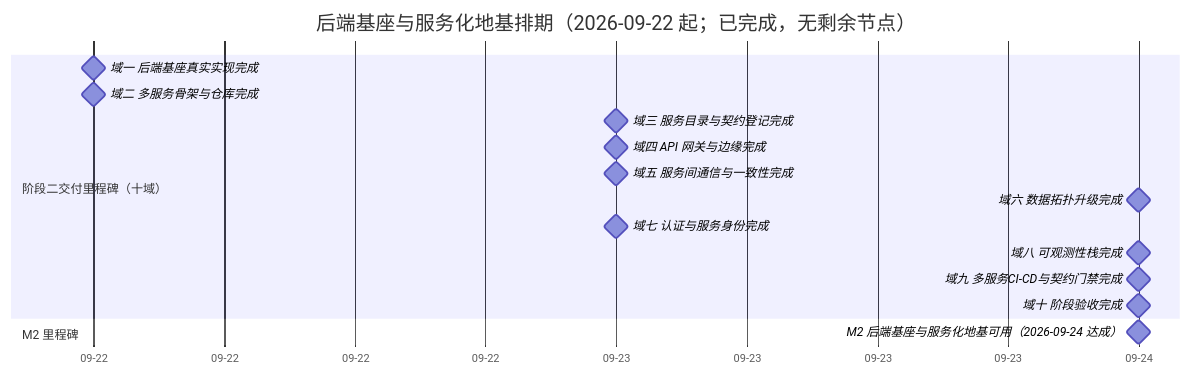
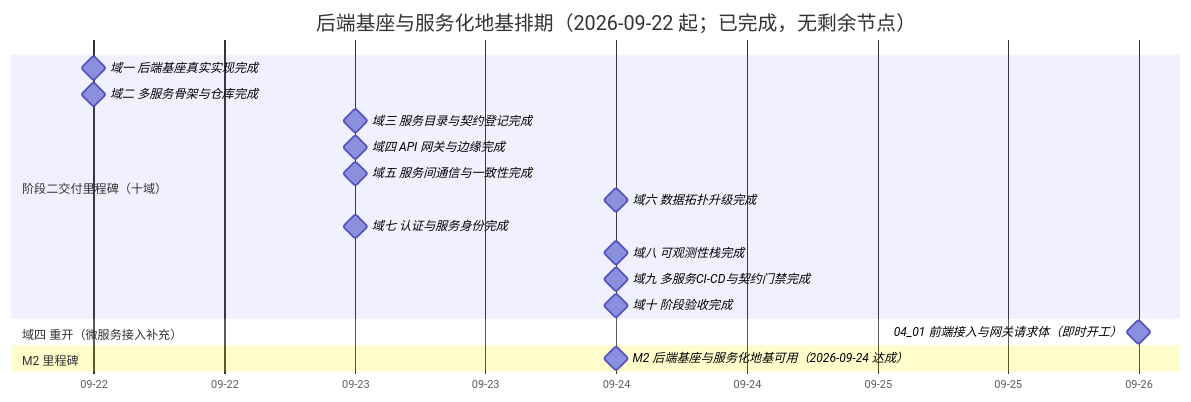
Before and after one commit to minjian123/basic-management-system: the diagram in bms文档/项目/02_后端基座与服务化地基/计划/01_计划_后端基座与服务化地基.md, drawn with Mermaid. The commit also changed other lines of this file and 9 other files, not shown here.

````diff
--- a/bms文档/项目/02_后端基座与服务化地基/计划/01_计划_后端基座与服务化地基.md
+++ b/bms文档/项目/02_后端基座与服务化地基/计划/01_计划_后端基座与服务化地基.md
@@ -61,19 +61,21 @@
 ```mermaid
 gantt
     title 后端基座与服务化地基排期（2026-09-22 起；已完成，无剩余节点）
     dateFormat  YYYY-MM-DD
     axisFormat %m-%d
     section 阶段二交付里程碑（十域）
     域一 后端基座真实实现完成 :milestone, m01, 2026-09-22, 0d
     域二 多服务骨架与仓库完成 :milestone, m02, 2026-09-22, 0d
     域三 服务目录与契约登记完成 :milestone, m03, 2026-09-23, 0d
     域四 API 网关与边缘完成 :milestone, m04, 2026-09-23, 0d
     域五 服务间通信与一致性完成 :milestone, m05, 2026-09-23, 0d
     域六 数据拓扑升级完成 :milestone, m06, 2026-09-24, 0d
     域七 认证与服务身份完成 :milestone, m07, 2026-09-23, 0d
     域八 可观测性栈完成 :milestone, m08, 2026-09-24, 0d
     域九 多服务CI-CD与契约门禁完成 :milestone, m09, 2026-09-24, 0d
     域十 阶段验收完成 :milestone, m10, 2026-09-24, 0d
+    section 域四 重开（微服务接入补充）
+    04_01 前端接入与网关请求体（即时开工） :milestone, m0401x, 2026-09-26, 0d
     section M2 里程碑
     M2 后端基座与服务化地基可用（2026-09-24 达成） :milestone, mm2, 2026-09-24, 0d
 ```
````
